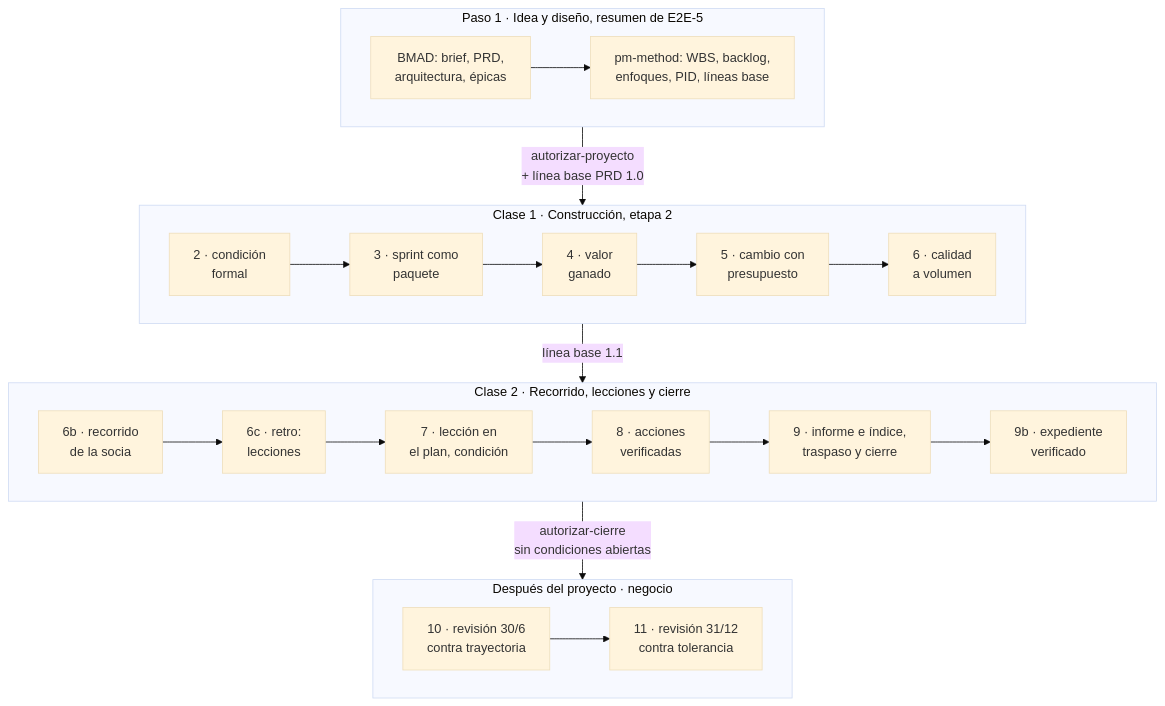
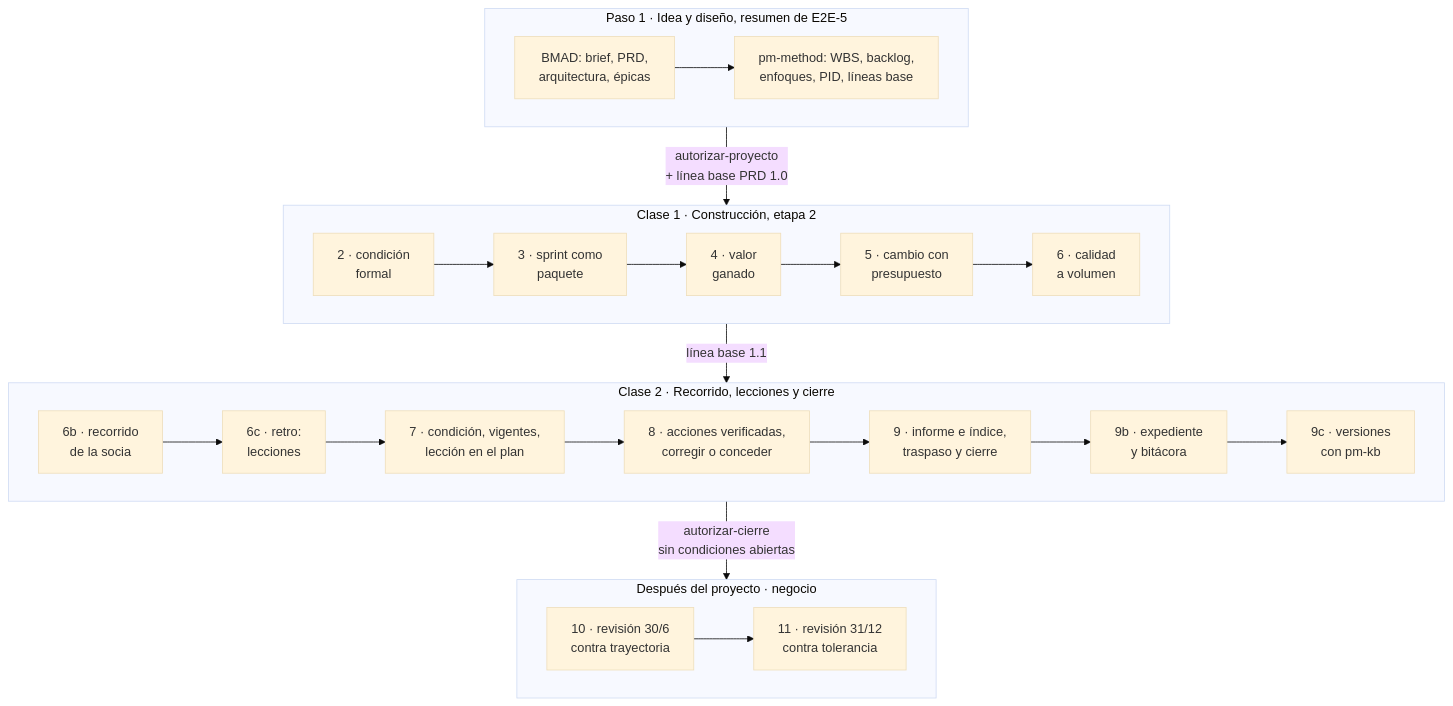
One commit to Arturo-Penas-Rial/pm-method changed the first of 5 diagrams in docs/guias/E2E-4-producto-bmad.md. Above: the diagram before and after it, drawn with Mermaid (base theme). The commit also changed other lines of this file and 277 other files, not shown here.

Commit message:
pm-method 2.6.0: decisiones con contexto, vigencia y bitácora, mapas y decisiones, y pm-kb (búsqueda citada, web y MCP)

````diff
--- a/docs/guias/E2E-4-producto-bmad.md
+++ b/docs/guias/E2E-4-producto-bmad.md
@@ -108,22 +116,22 @@
 ```mermaid
 flowchart TB
     subgraph A["Paso 1 · Idea y diseño, resumen de E2E-5"]
         direction LR
         a1["BMAD: brief, PRD,<br/>arquitectura, épicas"] --> a2["pm-method: WBS, backlog,<br/>enfoques, PID, líneas base"]
     end
     subgraph B["Clase 1 · Construcción, etapa 2"]
         direction LR
         b1["2 · condición<br/>formal"] --> b2["3 · sprint como<br/>paquete"] --> b3["4 · valor<br/>ganado"] --> b4["5 · cambio con<br/>presupuesto"] --> b5["6 · calidad<br/>a volumen"]
     end
     subgraph C["Clase 2 · Recorrido, lecciones y cierre"]
         direction LR
-        c1b["6b · recorrido<br/>de la socia"] --> c1c["6c · retro:<br/>lecciones"] --> c2["7 · lección en<br/>el plan, condición"] --> c3["8 · acciones<br/>verificadas"] --> c4["9 · informe e índice,<br/>traspaso y cierre"] --> c5["9b · expediente<br/>verificado"]
+        c1b["6b · recorrido<br/>de la socia"] --> c1c["6c · retro:<br/>lecciones"] --> c2["7 · condición, vigentes,<br/>lección en el plan"] --> c3["8 · acciones verificadas,<br/>corregir o conceder"] --> c4["9 · informe e índice,<br/>traspaso y cierre"] --> c5["9b · expediente<br/>y bitácora"] --> c6["9c · versiones<br/>con pm-kb"]
     end
     subgraph D["Después del proyecto · negocio"]
         direction LR
         d1["10 · revisión 30/6<br/>contra trayectoria"] --> d2["11 · revisión 31/12<br/>contra tolerancia"]
     end
     A -->|"autorizar-proyecto<br/>+ línea base PRD 1.0"| B
     B -->|"línea base 1.1"| C
     C -->|"autorizar-cierre<br/>sin condiciones abiertas"| D
 ```
````
